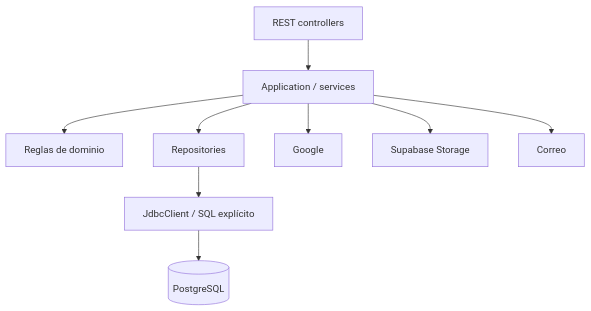
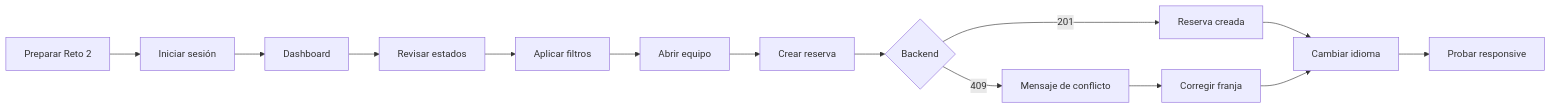
Before and after one commit to lisudea/technical-test-2026-2: the fifth of 19 diagrams in lisource-frontend/README.md, drawn with Mermaid. The commit also changed other lines of this file and 1 other file, not shown here.

````diff
--- a/lisource-frontend/README.md
+++ b/lisource-frontend/README.md
@@ -357,11 +303,16 @@
 ```mermaid
-flowchart TB
-  Controllers[REST controllers] --> App[Application / services]
-  App --> Domain[Reglas de dominio]
-  App --> Repos[Repositories]
-  Repos --> SQL[JdbcClient / SQL explícito]
-  SQL --> DB[(PostgreSQL)]
-  App --> Google[Google]
-  App --> Storage[Supabase Storage]
-  App --> Mail[Correo]
+flowchart LR
+  A[Preparar Reto 2] --> B[Iniciar sesión]
+  B --> C[Dashboard]
+  C --> D[Revisar estados]
+  D --> E[Aplicar filtros]
+  E --> F[Abrir equipo]
+  F --> G[Crear reserva]
+  G --> H{Backend}
+  H -->|201| I[Reserva creada]
+  H -->|409| J[Mensaje de conflicto]
+  J --> K[Corregir franja]
+  I --> L[Cambiar idioma]
+  K --> L
+  L --> M[Probar responsive]
 ```
````
